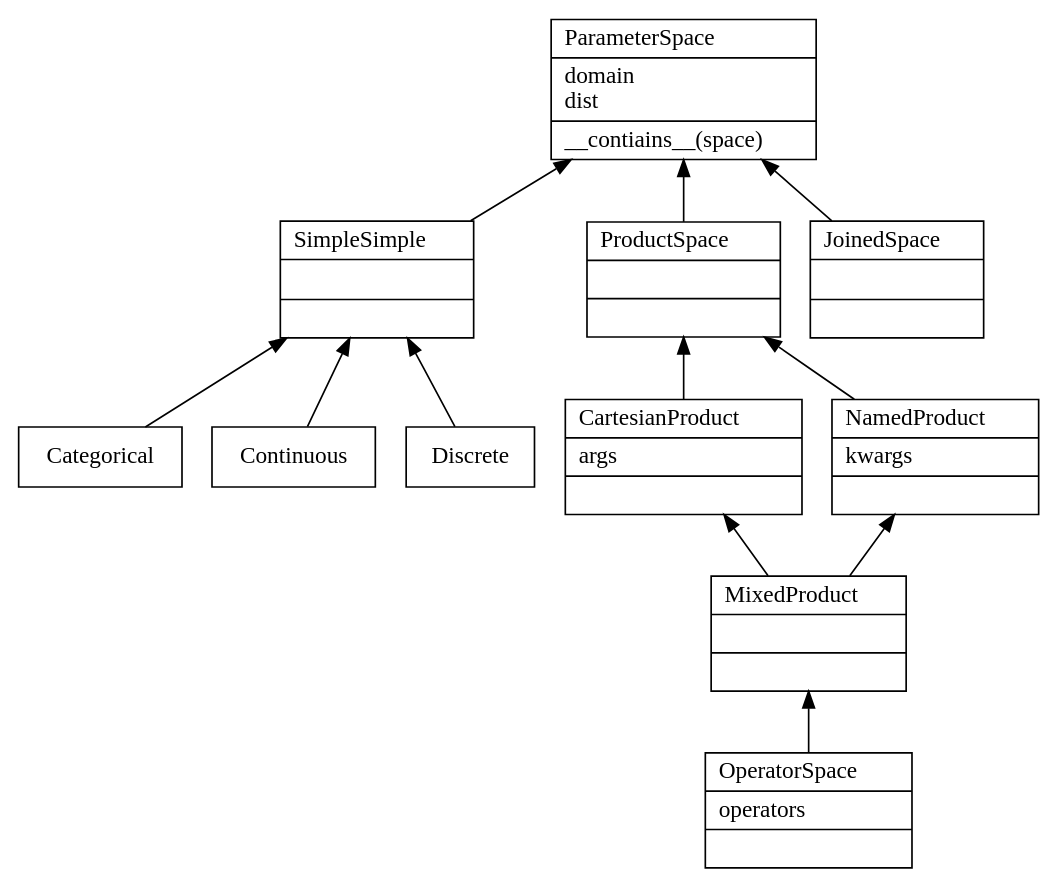
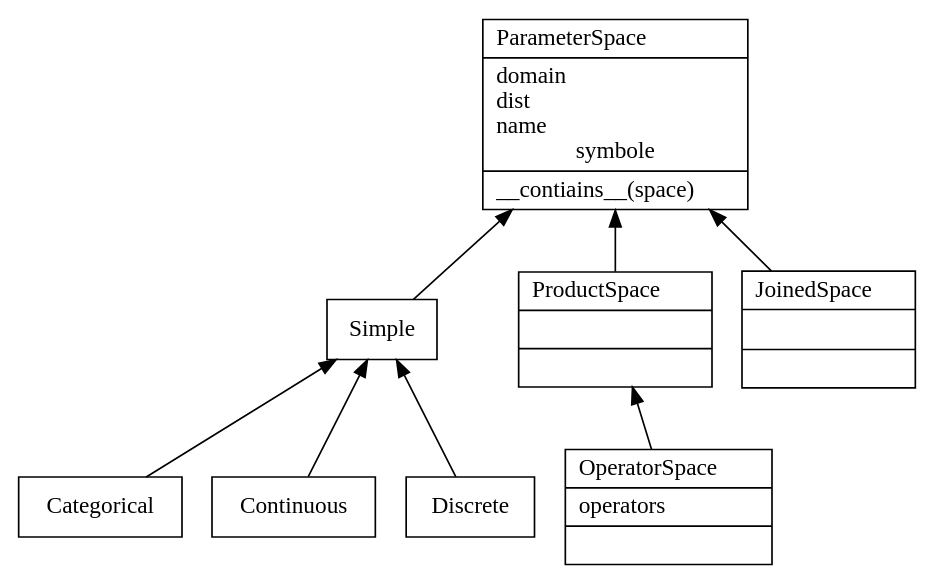
The diagram in theory/parameters_uml.dot (Mome/baumschule), drawn with Graphviz before and after one commit. The commit also changed 3 other files, not shown here.

```diff
--- a/theory/parameters_uml.dot
+++ b/theory/parameters_uml.dot
@@ -1,45 +1,42 @@
 digraph PrameterSpace{
 
 rankdir = BT;
 
 node [shape=record]
 
-parameter [label="{ParameterSpace\l|domain\ldist\l|__contiains__(space)\l}"]
-simple [label="{SimpleSimple\l|\l|}"]
+parameter [label="{ParameterSpace\l|domain\ldist\lname\lsymbole|__contiains__(space)\l}"]
+simple [label="{Simple}"]
 //operator [label="{Operator\l|\l|}"]
 product [label="{ProductSpace\l||}"]
-cartesian [label="{CartesianProduct\l|args\l|}"]
-named [label="{NamedProduct\l|kwargs\l|}"]
-mixed [label="{MixedProduct\l||}"]
-
+//cartesian [label="{CartesianProduct\l|args\l|}"]
+//named [label="{NamedProduct\l|kwargs\l|}"]
+//mixed [label="{MixedProduct\l||}"]
 
 joined [label="{JoinedSpace\l|\l|}"]
 operatorspace [label="{OperatorSpace\l|operators\l|}"]
 //operatorset [label="{OperatorSet\l|\l|}"]
-mixed
-named
-
 
 cat  [label="Categorical"]
 cont [label="Continuous"]
 disc [label="Discrete"]
 
 //op [shape=circle style=filled color=lightgray]
 //os [shape=circle style=filled color=lightgray ]
 
 joined -> parameter 
 product -> parameter
 simple -> parameter
 
-cartesian -> product
-named -> product
-mixed -> cartesian
-mixed -> named
-operatorspace -> mixed
+//cartesian -> product
+//named -> product
+//mixed -> cartesian
+//mixed -> named
+//operatorspace -> mixed
+operatorspace -> product
 
 cat -> simple
 cont -> simple
 disc -> simple
 
 {rank=same; product }
 }
```
